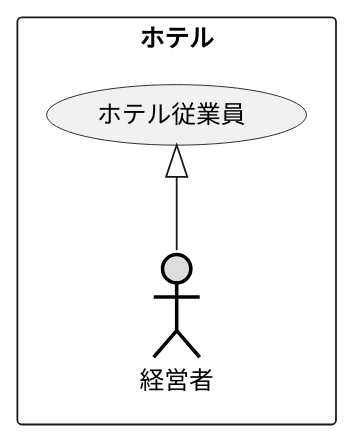
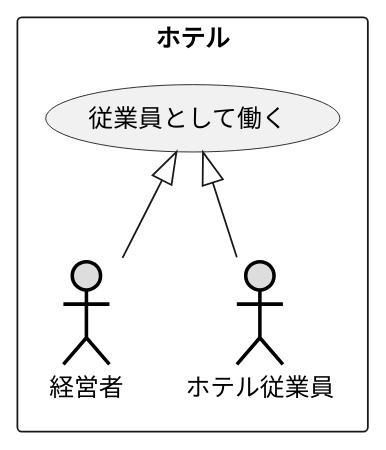
One commit to Takhshi/uml-introduction changed the diagram in 演習2-2_ホテル従業員.pu. Above: the diagram before and after it, drawn with PlantUML.

Commit message:
演習2-2の修正

```diff
--- a/演習2-2_ホテル従業員.pu
+++ b/演習2-2_ホテル従業員.pu
@@ -1,7 +1,9 @@
 @startuml 演習2-2
 rectangle ホテル {
 actor 経営者 #DDDDDD;line:black;line.bold;
-usecase ホテル従業員
+actor ホテル従業員 #DDDDDD;line:black;line.bold;
+usecase 従業員として働く
 }
-ホテル従業員 <|-- 経営者
+従業員として働く <|-- 経営者
+従業員として働く <|-- ホテル従業員
 @enduml
```
